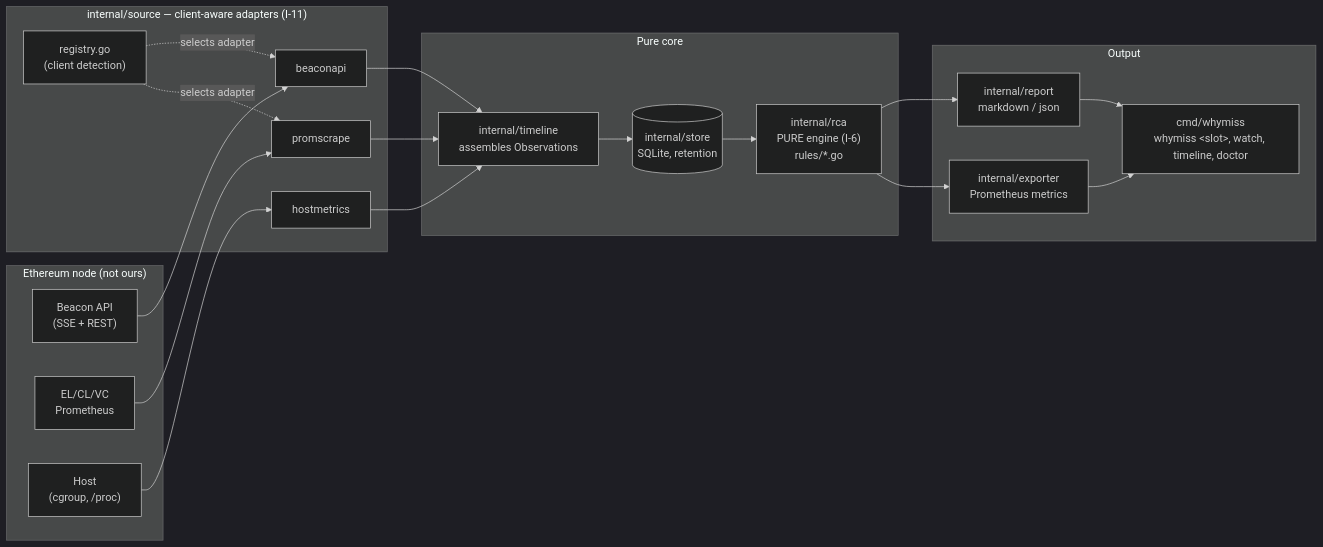
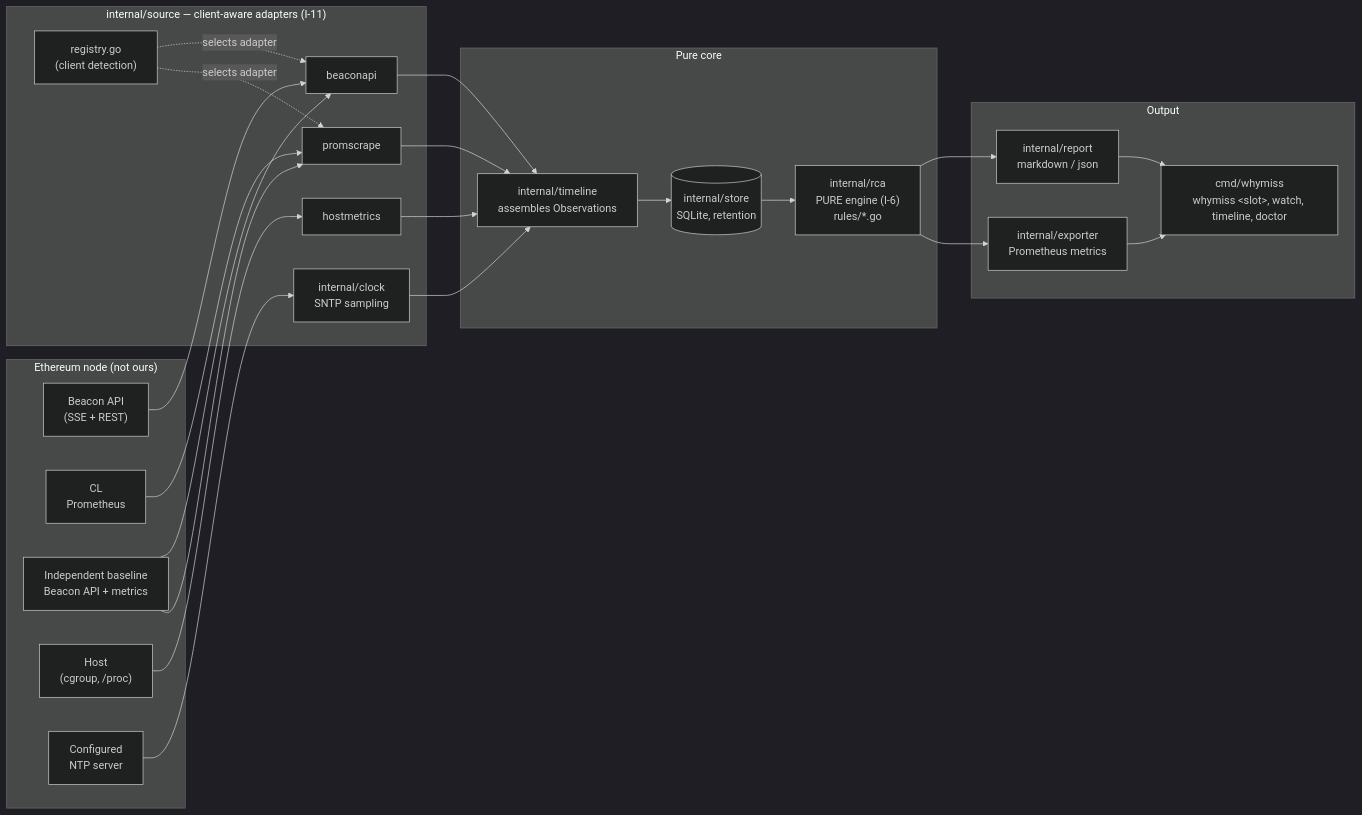
The first of 2 diagrams in docs/architecture.md (tiepnguyen-sg/whymiss), drawn with Mermaid (dark theme) before and after one commit. The commit also changed other lines of this file and 22 other files, not shown here.

````diff
--- a/docs/architecture.md
+++ b/docs/architecture.md
@@ -16,43 +16,50 @@
 ```mermaid
 flowchart LR
     subgraph node["Ethereum node (not ours)"]
         BA["Beacon API<br/>(SSE + REST)"]
-        PM["EL/CL/VC<br/>Prometheus"]
+        PM["CL<br/>Prometheus"]
+        BASE["Independent baseline<br/>Beacon API + metrics"]
         HM["Host<br/>(cgroup, /proc)"]
+        NTP["Configured<br/>NTP server"]
     end
 
     subgraph source["internal/source — client-aware adapters (I-11)"]
         beaconapi["beaconapi"]
         promscrape["promscrape"]
         hostmetrics["hostmetrics"]
         registry["registry.go<br/>(client detection)"]
+        clock["internal/clock<br/>SNTP sampling"]
     end
 
     subgraph core["Pure core"]
         timeline["internal/timeline<br/>assembles Observations"]
         store[("internal/store<br/>SQLite, retention")]
         rca["internal/rca<br/>PURE engine (I-6)<br/>rules/*.go"]
     end
 
     subgraph out["Output"]
         report["internal/report<br/>markdown / json"]
         exporter["internal/exporter<br/>Prometheus metrics"]
         cli["cmd/whymiss<br/>whymiss &lt;slot&gt;, watch, timeline, doctor"]
     end
 
     BA --> beaconapi
     PM --> promscrape
+    BASE --> beaconapi
+    BASE --> promscrape
     HM --> hostmetrics
+    NTP --> clock
     registry -.selects adapter.-> beaconapi
     registry -.selects adapter.-> promscrape
 
     beaconapi --> timeline
     promscrape --> timeline
     hostmetrics --> timeline
+    clock --> timeline
     timeline --> store
     store --> rca
     rca --> report
     rca --> exporter
     report --> cli
     exporter --> cli
 ```
````
